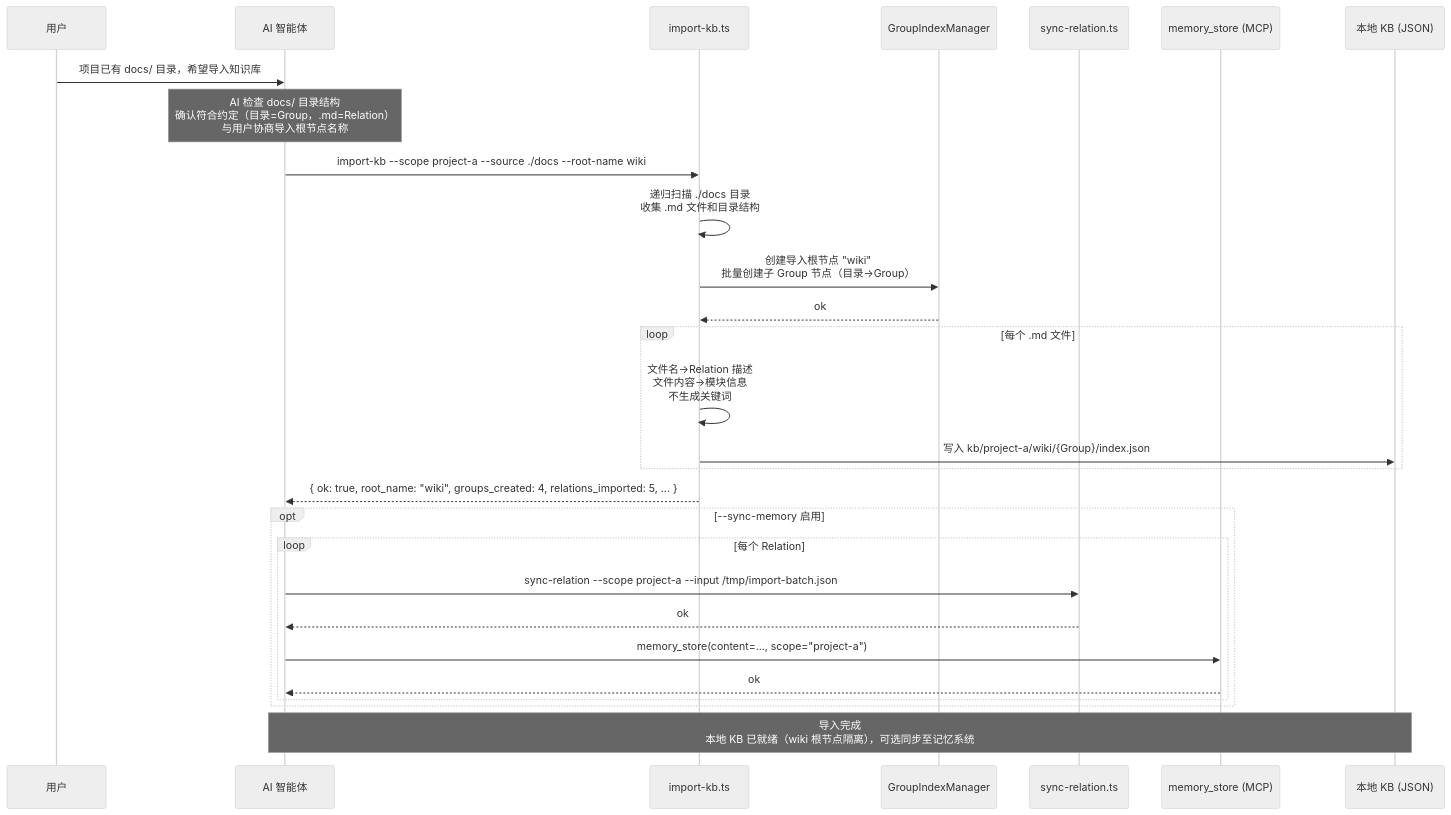
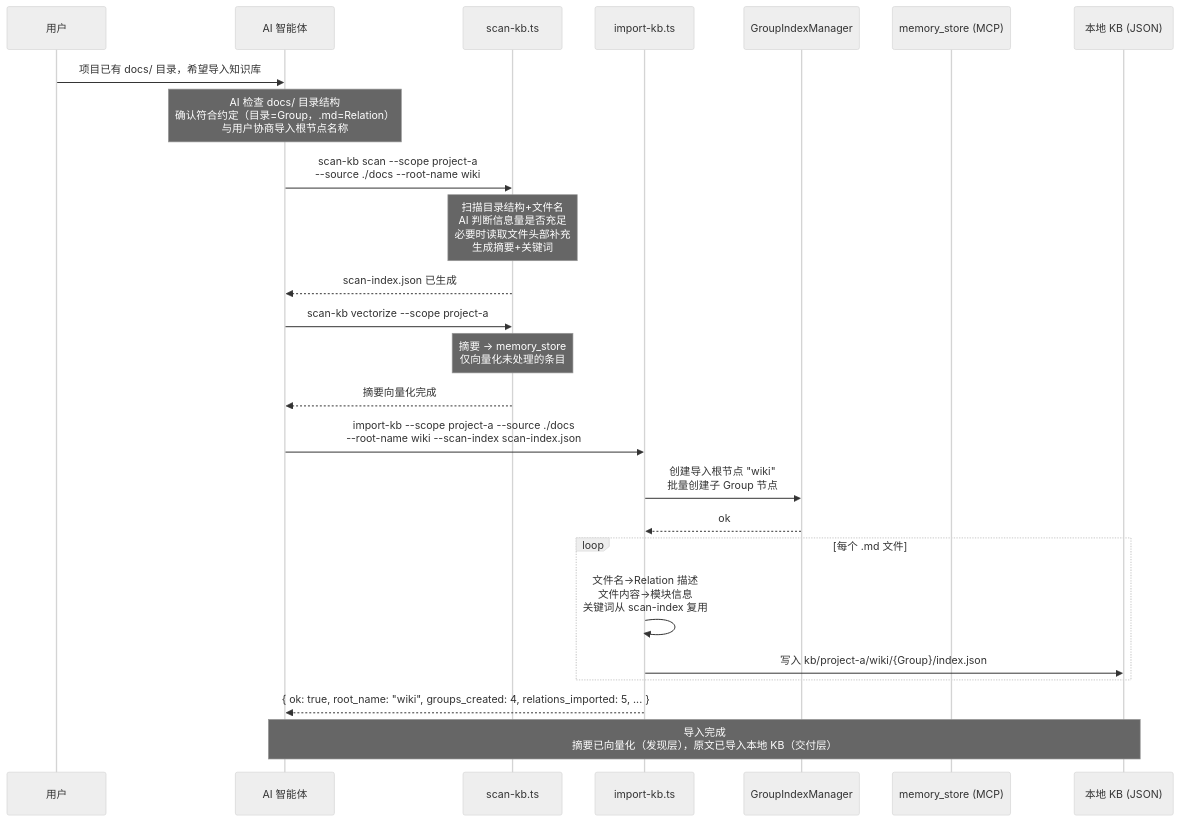
One commit to HACK-WU/memory-lancedb-mcp changed the seventh of 9 diagrams in docs/knowledge-index-skill_DESIGN.md. Above: the diagram before and after it, drawn with Mermaid (neutral theme). The commit also changed other lines of this file and 1 other file, not shown here.

````diff
--- a/docs/knowledge-index-skill_DESIGN.md
+++ b/docs/knowledge-index-skill_DESIGN.md
@@ -853,37 +1027,35 @@
 ```mermaid
 sequenceDiagram
     participant USER as 用户
     participant AI as AI 智能体
+    participant SCAN as scan-kb.ts
     participant IMP as import-kb.ts
     participant GIM as GroupIndexManager
-    participant SR as sync-relation.ts
     participant MCP as memory_store (MCP)
     participant KB as 本地 KB (JSON)
 
     USER->>AI: 项目已有 docs/ 目录，希望导入知识库
 
     Note over AI: AI 检查 docs/ 目录结构<br/>确认符合约定（目录=Group，.md=Relation）<br/>与用户协商导入根节点名称
 
-    AI->>IMP: import-kb --scope project-a --source ./docs --root-name wiki
-    IMP->>IMP: 递归扫描 ./docs 目录<br/>收集 .md 文件和目录结构
-    IMP->>GIM: 创建导入根节点 "wiki"<br/>批量创建子 Group 节点（目录→Group）
+    AI->>SCAN: scan-kb scan --scope project-a<br/>--source ./docs --root-name wiki
+    Note over SCAN: 扫描目录结构+文件名<br/>AI 判断信息量是否充足<br/>必要时读取文件头部补充<br/>生成摘要+关键词
+    SCAN-->>AI: scan-index.json 已生成
+
+    AI->>SCAN: scan-kb vectorize --scope project-a
+    Note over SCAN: 摘要 → memory_store<br/>仅向量化未处理的条目
+    SCAN-->>AI: 摘要向量化完成
+
+    AI->>IMP: import-kb --scope project-a --source ./docs<br/>--root-name wiki --scan-index scan-index.json
+    IMP->>GIM: 创建导入根节点 "wiki"<br/>批量创建子 Group 节点
     GIM-->>IMP: ok
 
     loop 每个 .md 文件
-        IMP->>IMP: 文件名→Relation 描述<br/>文件内容→模块信息<br/>不生成关键词
+        IMP->>IMP: 文件名→Relation 描述<br/>文件内容→模块信息<br/>关键词从 scan-index 复用
         IMP->>KB: 写入 kb/project-a/wiki/{Group}/index.json
     end
 
     IMP-->>AI: { ok: true, root_name: "wiki", groups_created: 4, relations_imported: 5, ... }
 
-    opt --sync-memory 启用
-        loop 每个 Relation
-            AI->>SR: sync-relation --scope project-a --input /tmp/import-batch.json
-            SR-->>AI: ok
-            AI->>MCP: memory_store(content=..., scope="project-a")
-            MCP-->>AI: ok
-        end
-    end
-
-    Note over AI,KB: 导入完成<br/>本地 KB 已就绪（wiki 根节点隔离），可选同步至记忆系统
+    Note over AI,KB: 导入完成<br/>摘要已向量化（发现层），原文已导入本地 KB（交付层）
 ```
````
